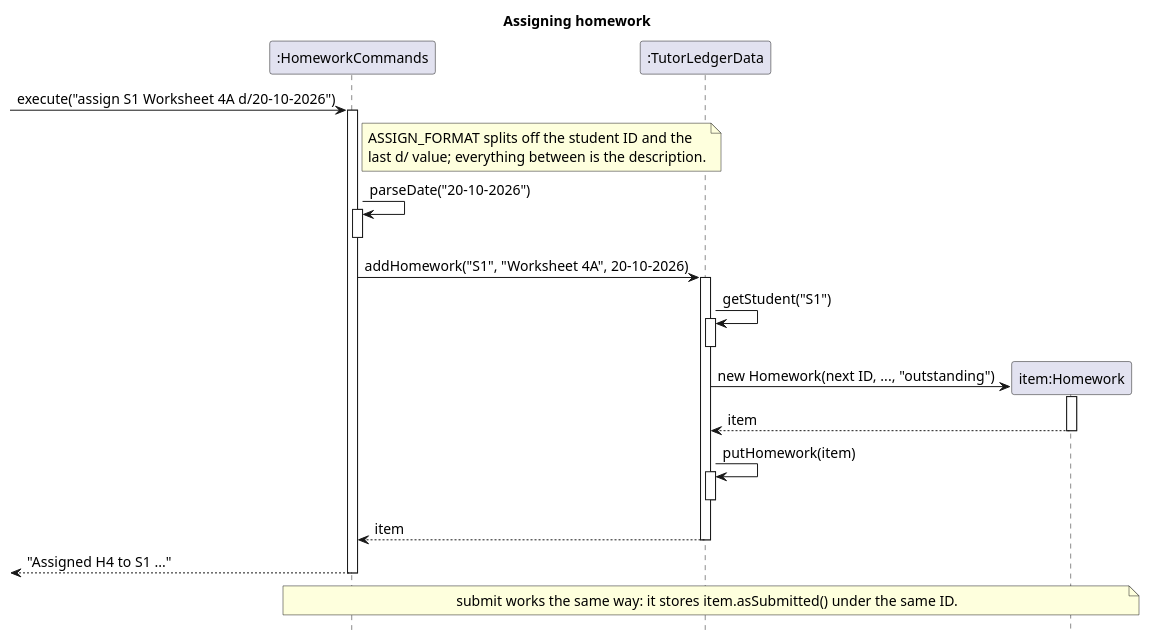
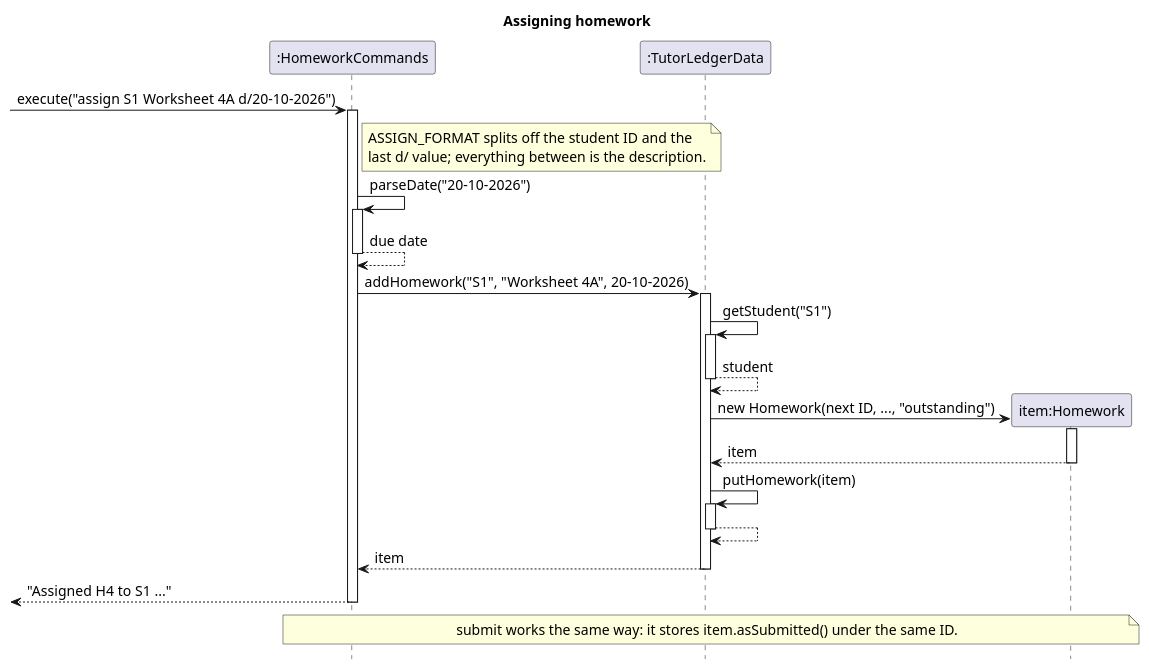
The diagram in docs/diagrams/homework-assign-sequence.puml (AY2627S1-CS2113-W12-2/tp), drawn with PlantUML before and after one commit. The commit also changed 21 other files, not shown here.

First line of the commit message:
DG: Add return arrows to self-calls in sequence diagrams

```diff
--- a/docs/diagrams/homework-assign-sequence.puml
+++ b/docs/diagrams/homework-assign-sequence.puml
@@ -1,43 +1,46 @@
 @startuml
 skinparam backgroundColor white
 skinparam defaultFontSize 14
 skinparam shadowing false
 hide footbox
 title Assigning homework
 
 participant ":HomeworkCommands" as Commands
 participant ":TutorLedgerData" as Data
 participant "item:Homework" as Item
 
 [-> Commands : execute("assign S1 Worksheet 4A d/20-10-2026")
 activate Commands
 note right of Commands
   ASSIGN_FORMAT splits off the student ID and the
   last d/ value; everything between is the description.
 end note
 Commands -> Commands : parseDate("20-10-2026")
 activate Commands
+Commands --> Commands : due date
 deactivate Commands
 
 Commands -> Data : addHomework("S1", "Worksheet 4A", 20-10-2026)
 activate Data
 Data -> Data : getStudent("S1")
 activate Data
+Data --> Data : student
 deactivate Data
 create Item
 Data -> Item : new Homework(next ID, ..., "outstanding")
 activate Item
 Item --> Data : item
 deactivate Item
 Data -> Data : putHomework(item)
 activate Data
+Data --> Data
 deactivate Data
 Data --> Commands : item
 deactivate Data
 
 Commands -->[ : "Assigned H4 to S1 ..."
 deactivate Commands
 note over Commands, Item
   submit works the same way: it stores item.asSubmitted() under the same ID.
 end note
 @enduml
```
